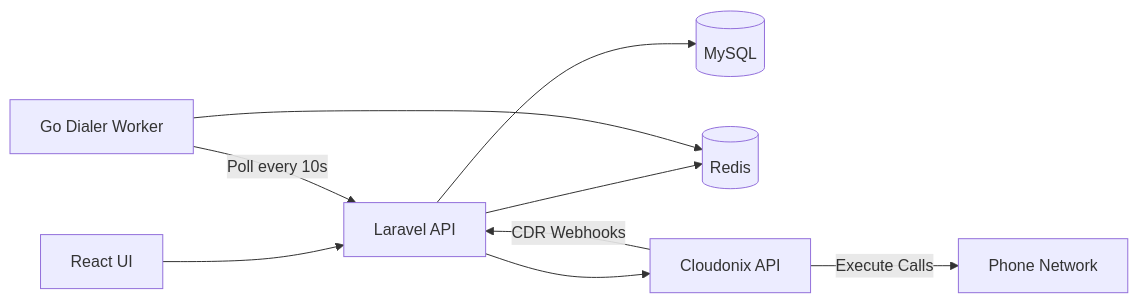
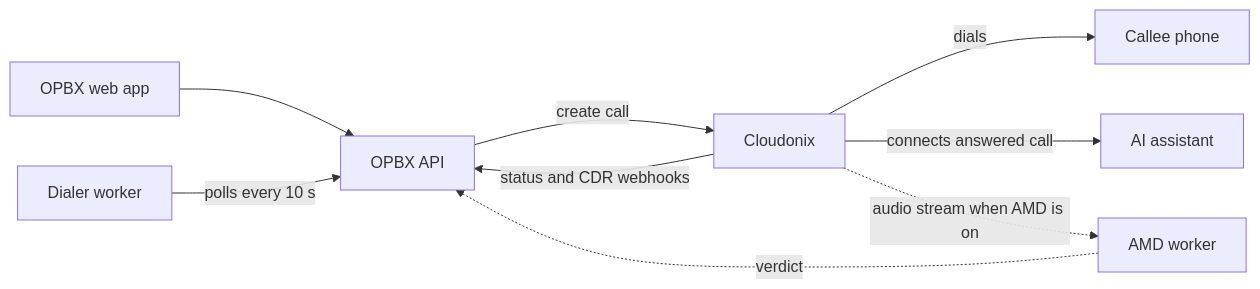
Before and after one commit to greenfieldtech-nirs/opbx: the first of 2 diagrams in docs/opbx-userguide/applications/auto-dialer/index.mdx, drawn with Mermaid. The commit also changed other lines of this file and 2 other files, not shown here.

Commit message:
docs(guide): auto-dialer overview, campaigns and distribution lists walk-through matches the code

````diff
--- a/docs/opbx-userguide/applications/auto-dialer/index.mdx
+++ b/docs/opbx-userguide/applications/auto-dialer/index.mdx
@@ -36,11 +39,11 @@
 ```mermaid
 graph LR
-    UI[React UI] --> API[Laravel API]
-    API --> DB[(MySQL)]
-    API --> Cache[(Redis)]
-    API --> CX[Cloudonix API]
-    Worker[Go Dialer Worker] --> |Poll every 10s| API
-    Worker --> Cache
-    CX --> |CDR Webhooks| API
-    CX --> |Execute Calls| PSTN[Phone Network]
+    UI[OPBX web app] --> API[OPBX API]
+    Worker[Dialer worker] -->|polls every 10 s| API
+    API -->|create call| CX[Cloudonix]
+    CX -->|dials| Callee[Callee phone]
+    CX -->|connects answered call| AI[AI assistant]
+    CX -->|status and CDR webhooks| API
+    CX -.->|audio stream when AMD is on| AMD[AMD worker]
+    AMD -.->|verdict| API
 ```
````
